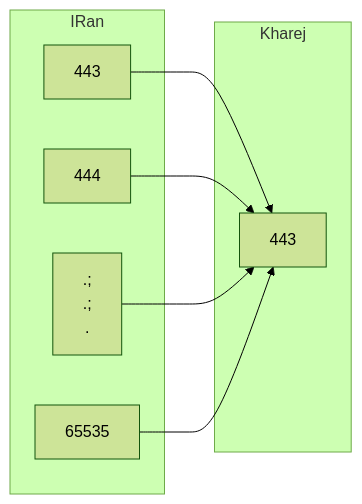
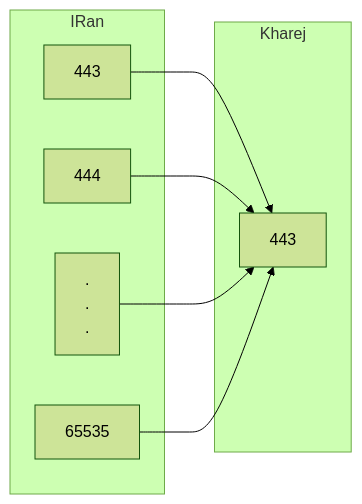
The second of 2 diagrams in Direct-Port-To-Port.md (just-the-docs/just-the-docs-template), drawn with Mermaid (forest theme) before and after one commit.

````diff
--- a/Direct-Port-To-Port.md
+++ b/Direct-Port-To-Port.md
@@ -105,14 +105,14 @@
 ```mermaid
 flowchart LR;
     subgraph Kharej;
     B[443] ;
     end;
     subgraph IRan;
-    A1[443] --> B[443] ;
-    A2[444] --> B[443] ;
-    A3[.;
-    .;
+    A1[443] --> B[443];
+    A2[444] --> B[443];
+    A3[.
+    .
     .] --> B[443];
     A4[65535] --> B[443];
     end;
 ```
````
